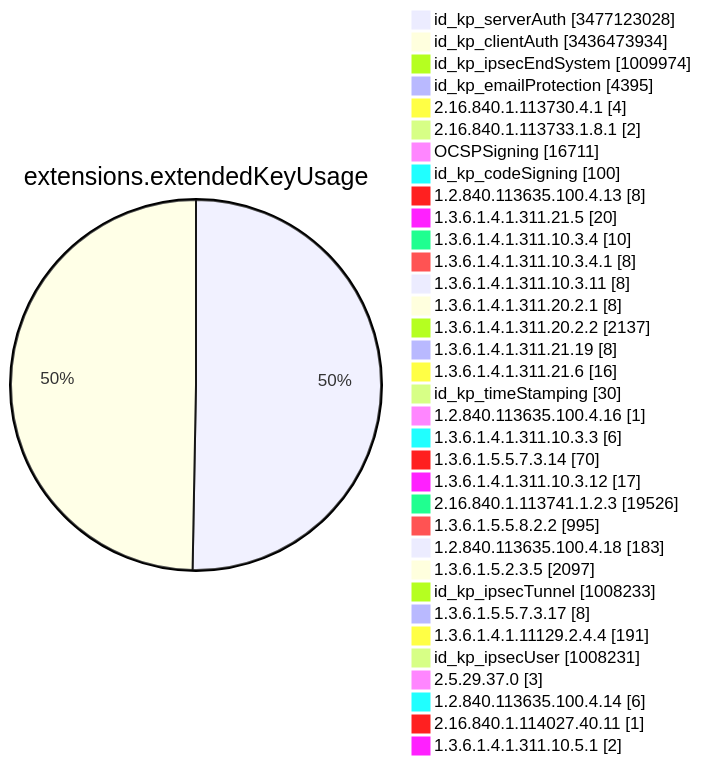
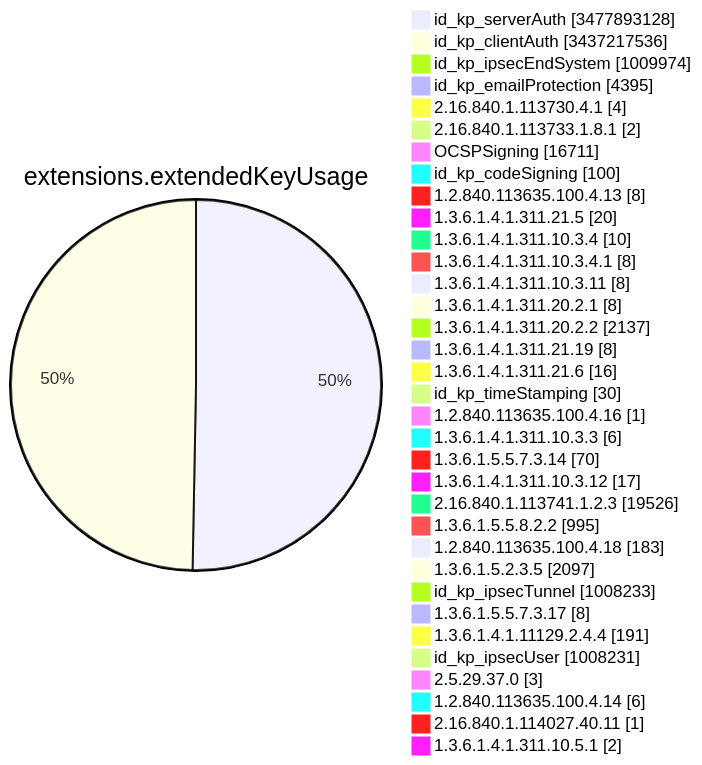
One commit to christiankrug/ctmonitor_visualization changed diagram 11 of 15 in TOTAL/README.md. Above: the diagram before and after it, drawn with Mermaid. The commit also changed other lines of this file, not shown here.

````diff
--- a/TOTAL/README.md
+++ b/TOTAL/README.md
@@ -4123,38 +4123,38 @@
 ```mermaid
 pie showData
 title extensions.extendedKeyUsage
-"id_kp_serverAuth" :3477123028
-"id_kp_clientAuth" :3436473934
+"id_kp_serverAuth" :3477893128
+"id_kp_clientAuth" :3437217536
 "id_kp_ipsecEndSystem" :1009974
 "id_kp_emailProtection" :4395
 "2.16.840.1.113730.4.1" :4
 "2.16.840.1.113733.1.8.1" :2
 "OCSPSigning" :16711
 "id_kp_codeSigning" :100
 "1.2.840.113635.100.4.13" :8
 "1.3.6.1.4.1.311.21.5" :20
 "1.3.6.1.4.1.311.10.3.4" :10
 "1.3.6.1.4.1.311.10.3.4.1" :8
 "1.3.6.1.4.1.311.10.3.11" :8
 "1.3.6.1.4.1.311.20.2.1" :8
 "1.3.6.1.4.1.311.20.2.2" :2137
 "1.3.6.1.4.1.311.21.19" :8
 "1.3.6.1.4.1.311.21.6" :16
 "id_kp_timeStamping" :30
 "1.2.840.113635.100.4.16" :1
 "1.3.6.1.4.1.311.10.3.3" :6
 "1.3.6.1.5.5.7.3.14" :70
 "1.3.6.1.4.1.311.10.3.12" :17
 "2.16.840.1.113741.1.2.3" :19526
 "1.3.6.1.5.5.8.2.2" :995
 "1.2.840.113635.100.4.18" :183
 "1.3.6.1.5.2.3.5" :2097
 "id_kp_ipsecTunnel" :1008233
 "1.3.6.1.5.5.7.3.17" :8
 "1.3.6.1.4.1.11129.2.4.4" :191
 "id_kp_ipsecUser" :1008231
 "2.5.29.37.0" :3
 "1.2.840.113635.100.4.14" :6
 "2.16.840.1.114027.40.11" :1
 "1.3.6.1.4.1.311.10.5.1" :2
 ```
````
